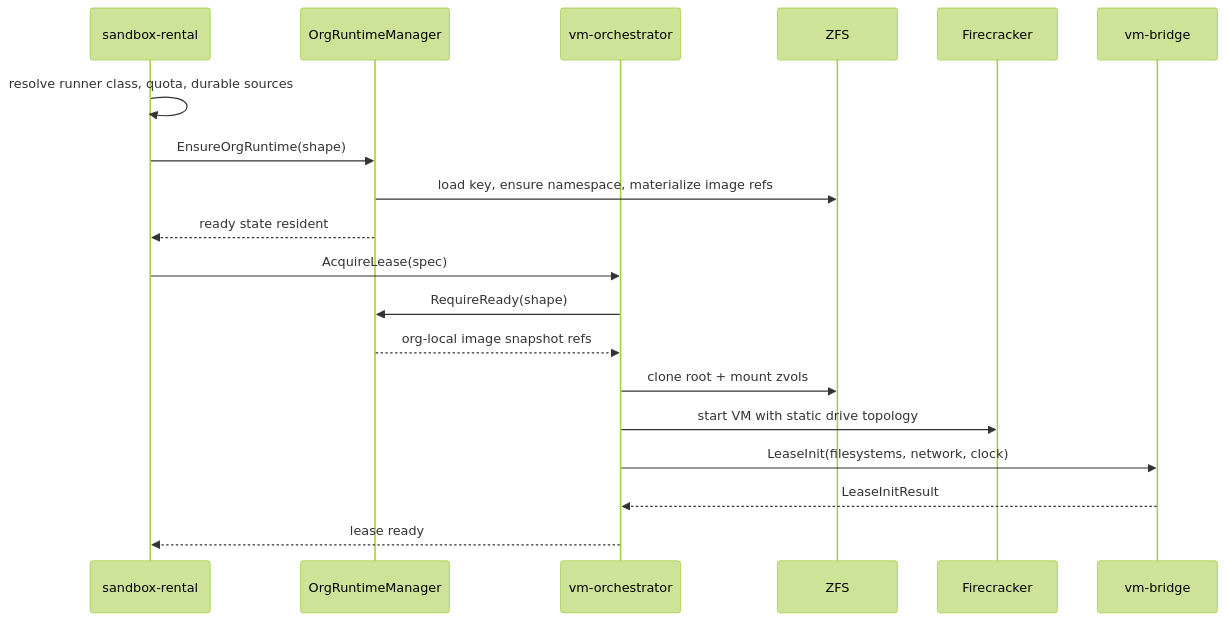
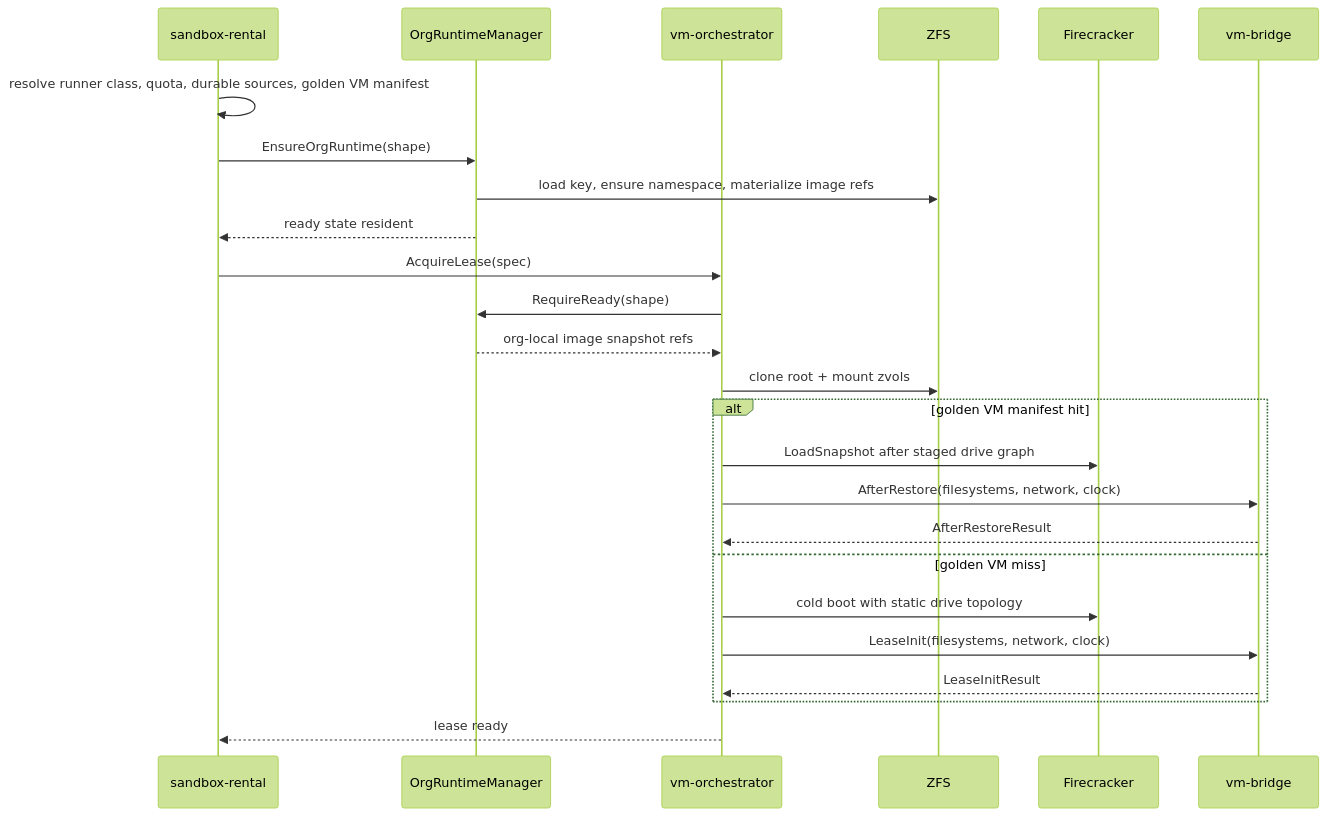
The fourth of 6 diagrams in src/substrate/vm-orchestrator/docs/zfs-volume-lifecycle.md (guardian-intelligence/verself), drawn with Mermaid (forest theme) before and after one commit. The commit also changed other lines of this file and 14 other files, not shown here.

Commit message:
Document golden VM snapshot artifacts

````diff
--- a/src/substrate/vm-orchestrator/docs/zfs-volume-lifecycle.md
+++ b/src/substrate/vm-orchestrator/docs/zfs-volume-lifecycle.md
@@ -79,23 +79,29 @@
 ```mermaid
 sequenceDiagram
     participant SR as sandbox-rental
     participant ORM as OrgRuntimeManager
     participant VMO as vm-orchestrator
     participant ZFS as ZFS
     participant FC as Firecracker
     participant VB as vm-bridge
 
-    SR->>SR: resolve runner class, quota, durable sources
+    SR->>SR: resolve runner class, quota, durable sources, golden VM manifest
     SR->>ORM: EnsureOrgRuntime(shape)
     ORM->>ZFS: load key, ensure namespace, materialize image refs
     ORM-->>SR: ready state resident
 
     SR->>VMO: AcquireLease(spec)
     VMO->>ORM: RequireReady(shape)
     ORM-->>VMO: org-local image snapshot refs
     VMO->>ZFS: clone root + mount zvols
-    VMO->>FC: start VM with static drive topology
-    VMO->>VB: LeaseInit(filesystems, network, clock)
-    VB-->>VMO: LeaseInitResult
+    alt golden VM manifest hit
+        VMO->>FC: LoadSnapshot after staged drive graph
+        VMO->>VB: AfterRestore(filesystems, network, clock)
+        VB-->>VMO: AfterRestoreResult
+    else golden VM miss
+        VMO->>FC: cold boot with static drive topology
+        VMO->>VB: LeaseInit(filesystems, network, clock)
+        VB-->>VMO: LeaseInitResult
+    end
     VMO-->>SR: lease ready
 ```
````
